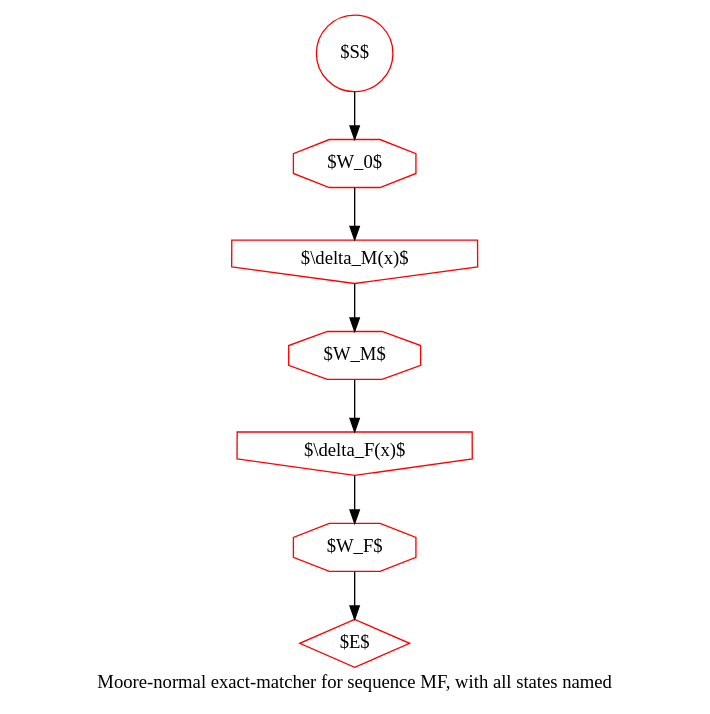
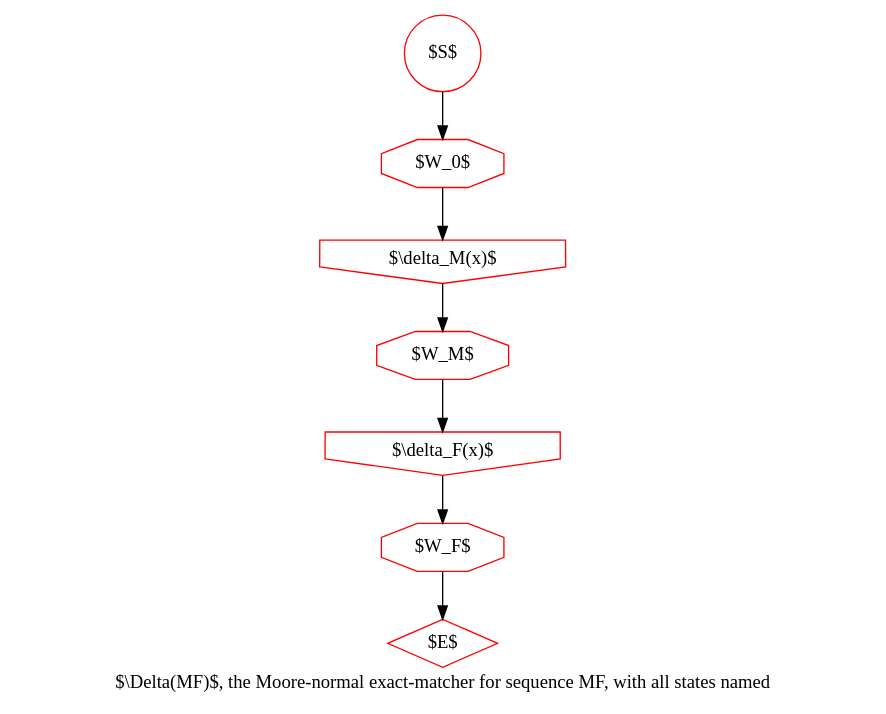
The diagram in mf-labeled.dot (ihh/transducer-tutorial), drawn with Graphviz before and after one commit. The commit also changed 8 other files, not shown here.

```diff
--- a/mf-labeled.dot
+++ b/mf-labeled.dot
@@ -1,15 +1,15 @@
 digraph G {
     S [label="$S$", shape=circle, color=red];
     E [label="$E$", shape=diamond, color=red];
 
     W0 [label="$W_0$", shape=octagon, color=red];
     W1 [label="$W_M$", shape=octagon, color=red];
     W2 [label="$W_F$", shape=octagon, color=red];
 
     D1 [label="$\\delta_M(x)$", shape=invhouse, color=red];
     D2 [label="$\\delta_F(x)$", shape=invhouse, color=red];
 
 S->W0->D1->W1->D2->W2->E;
 
-    label="Moore-normal exact-matcher for sequence MF, with all states named";
+    label="$\\Delta(MF)$, the Moore-normal exact-matcher for sequence MF, with all states named";
 }
```
